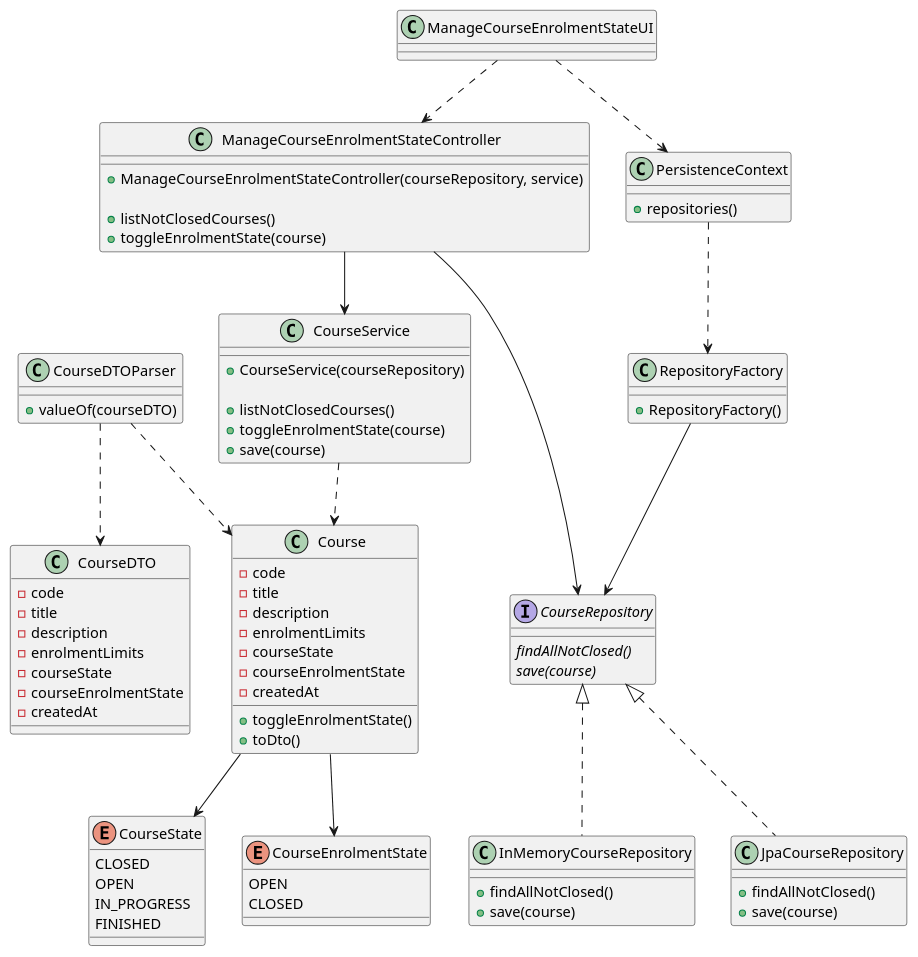
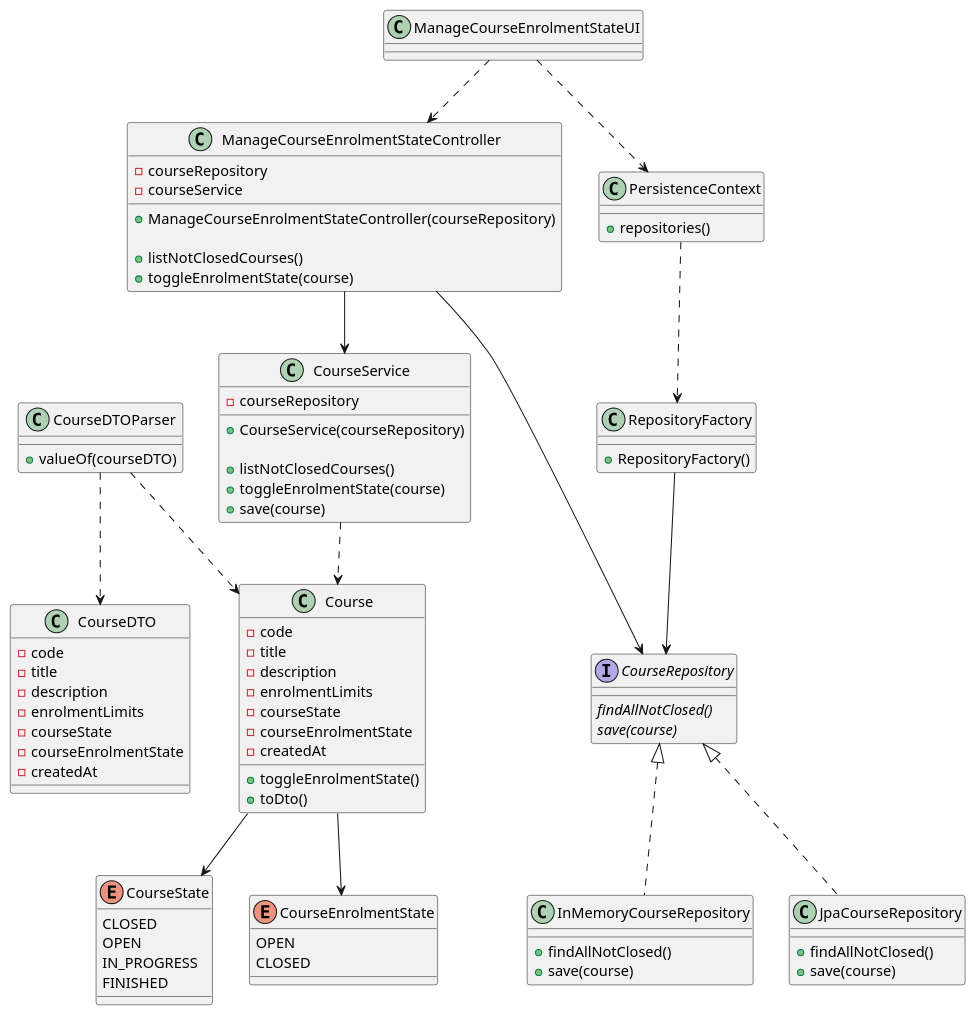
The diagram in docs/sprint-b/us09-1003/US1003_CD.puml (miseEnPlace-dev/lapr4), drawn with PlantUML before and after one commit. The commit also changed 5 other files, not shown here.

```diff
--- a/docs/sprint-b/us09-1003/US1003_CD.puml
+++ b/docs/sprint-b/us09-1003/US1003_CD.puml
@@ -1,100 +1,105 @@
 @startuml US1003_CD
 
 class RepositoryFactory {
   + RepositoryFactory()
 }
 
 interface CourseRepository {
   {abstract} findAllNotClosed()
   {abstract} save(course)
 }
 
 class InMemoryCourseRepository {
   + findAllNotClosed()
   + save(course)
 }
 
 class JpaCourseRepository {
   + findAllNotClosed()
   + save(course)
 }
 
 class PersistenceContext {
   + repositories()
 }
 
 class CourseService {
+  - courseRepository
+
   + CourseService(courseRepository)
 
   + listNotClosedCourses()
   + toggleEnrolmentState(course)
   + save(course)
 }
 
 class ManageCourseEnrolmentStateUI {}
 
 class ManageCourseEnrolmentStateController {
-  + ManageCourseEnrolmentStateController(courseRepository, service)
+  - courseRepository
+  - courseService
+
+  + ManageCourseEnrolmentStateController(courseRepository)
 
   + listNotClosedCourses()
   + toggleEnrolmentState(course)
 }
 
 class Course {
   - code
   - title
   - description
   - enrolmentLimits
   - courseState
   - courseEnrolmentState
   - createdAt
 
   + toggleEnrolmentState()
   + toDto()
 }
 
 enum CourseState {
   CLOSED
   OPEN
   IN_PROGRESS
   FINISHED
 }
 
 enum CourseEnrolmentState {
   OPEN
   CLOSED
 }
 
 class CourseDTO {
   - code
   - title
   - description
   - enrolmentLimits
   - courseState
   - courseEnrolmentState
   - createdAt
 }
 
 class CourseDTOParser {
   + valueOf(courseDTO)
 }
 
 ManageCourseEnrolmentStateUI ..> ManageCourseEnrolmentStateController
 ManageCourseEnrolmentStateUI ..> PersistenceContext
 ManageCourseEnrolmentStateController --> CourseService
 PersistenceContext ..> RepositoryFactory
 RepositoryFactory --> CourseRepository
 
 CourseService ..> Course
 ManageCourseEnrolmentStateController --> CourseRepository
 
 CourseDTOParser ..> CourseDTO
 CourseDTOParser ..> Course
 
 CourseRepository <|.. InMemoryCourseRepository
 CourseRepository <|.. JpaCourseRepository
 
 Course --> CourseState
 Course --> CourseEnrolmentState
 
 @enduml
```
